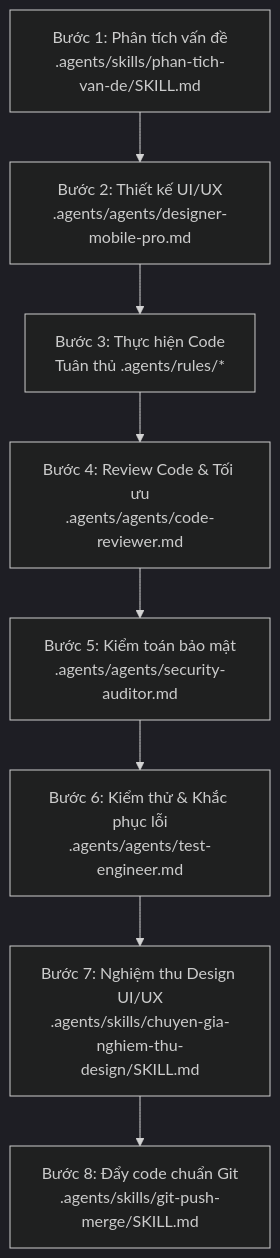
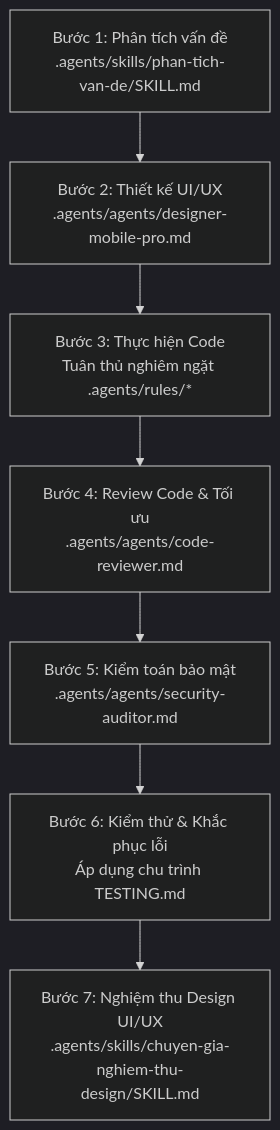
Before and after one commit to tranduytan248/projectmanager: the second of 2 diagrams in GEMINI.md, drawn with Mermaid (dark theme). The commit also changed other lines of this file and 49 other files, not shown here.

````diff
--- a/GEMINI.md
+++ b/GEMINI.md
@@ -28,10 +51,9 @@
 ```mermaid
 graph TD
     A["Bước 1: Phân tích vấn đề<br/>.agents/skills/phan-tich-van-de/SKILL.md"] --> B["Bước 2: Thiết kế UI/UX<br/>.agents/agents/designer-mobile-pro.md"]
-    B --> C["Bước 3: Thực hiện Code<br/>Tuân thủ .agents/rules/*"]
+    B --> C["Bước 3: Thực hiện Code<br/>Tuân thủ nghiêm ngặt .agents/rules/*"]
     C --> D["Bước 4: Review Code & Tối ưu<br/>.agents/agents/code-reviewer.md"]
     D --> E["Bước 5: Kiểm toán bảo mật<br/>.agents/agents/security-auditor.md"]
-    E --> F["Bước 6: Kiểm thử & Khắc phục lỗi<br/>.agents/agents/test-engineer.md"]
+    E --> F["Bước 6: Kiểm thử & Khắc phục lỗi<br/>Áp dụng chu trình TESTING.md"]
     F --> G["Bước 7: Nghiệm thu Design UI/UX<br/>.agents/skills/chuyen-gia-nghiem-thu-design/SKILL.md"]
-    G --> H["Bước 8: Đẩy code chuẩn Git<br/>.agents/skills/git-push-merge/SKILL.md"]
 ```
````
